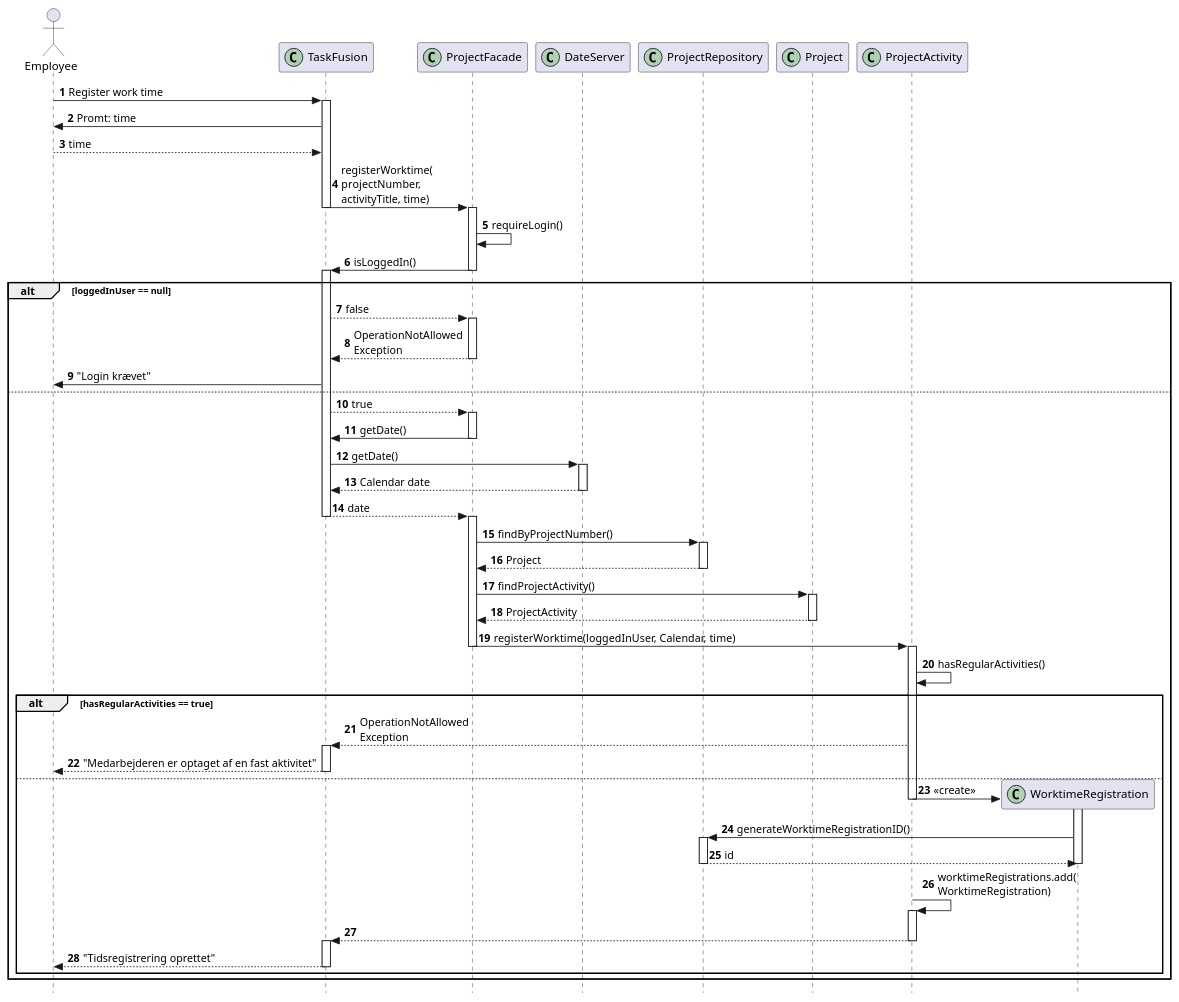
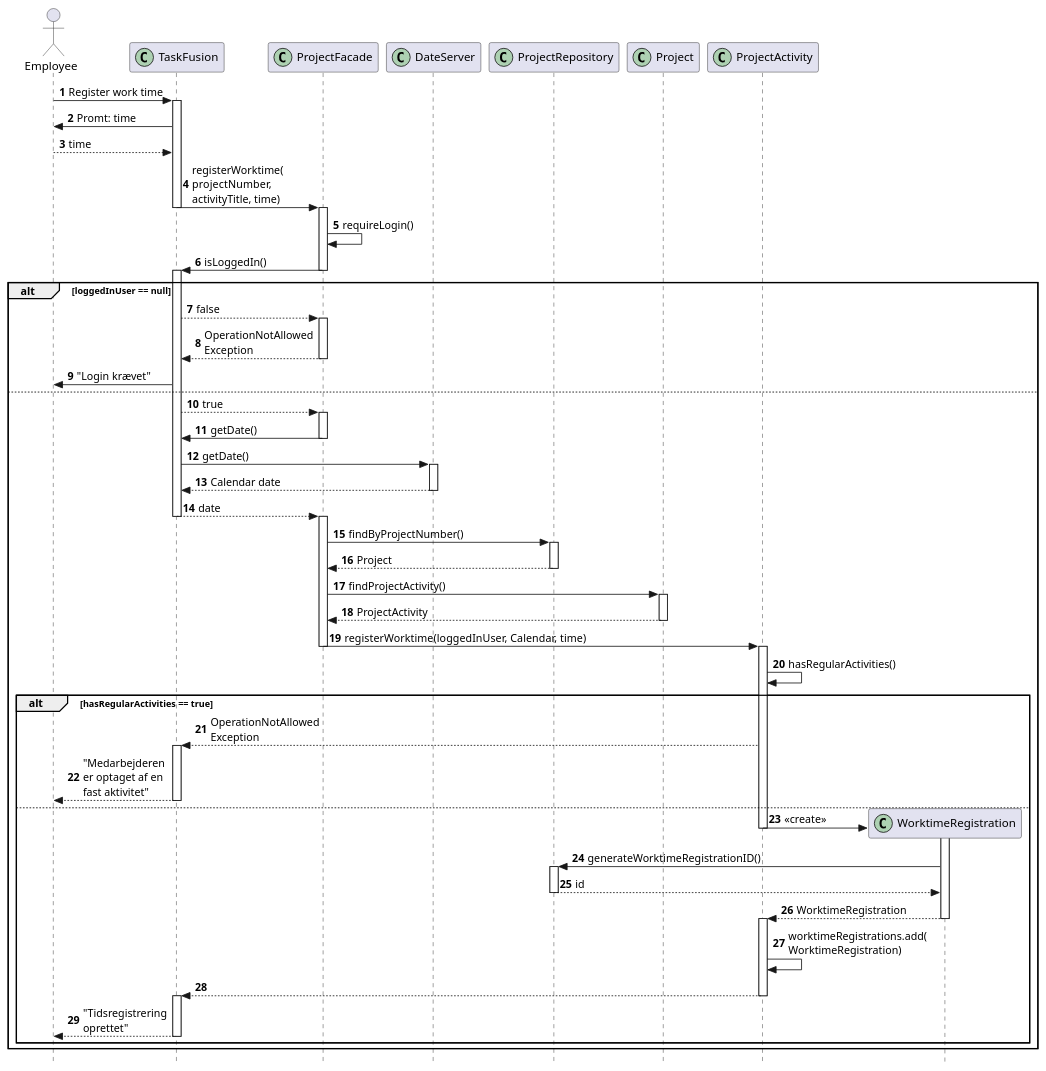
One commit to rwiuff/02161ExamProject changed the diagram in RequirementsAndDesign/SequenceDiagrams/registerWorktime.puml. Above: the diagram before and after it, drawn with PlantUML. The commit also changed 9 other files, not shown here.

```diff
--- a/RequirementsAndDesign/SequenceDiagrams/registerWorktime.puml
+++ b/RequirementsAndDesign/SequenceDiagrams/registerWorktime.puml
@@ -1,55 +1,55 @@
 @startuml seqRegisterWorktime
 autonumber
 hide footbox
 skinparam style strictuml
 hide unlinked
 actor "Employee" as employee
 participant "TaskFusion" as app << (C,#ADD1B2) >>
 participant "ProjectFacade" as projectfacade << (C,#ADD1B2) >>
 participant "DateServer" as ds << (C,#ADD1B2) >>
 participant "ProjectRepository" as projectrepo << (C,#ADD1B2) >>
 participant "Project" as project << (C,#ADD1B2) >>
 collections "Map<String, Projects> projects" as projects << (M, Crimson) >>
 collections "Map<String, Employee> employees" as emps << (M,Crimson) >>
 participant "ProjectActivity" as projectactivity << (C,#ADD1B2) >>
 participant "ProjectActivityViewModel" as regacvm << (C,#ADD1B2) >>
 participant "WorktimeRegistration" as wt << (C,#ADD1B2) >>
 
 employee -> app++: Register work time
 app -> employee: Promt: time
 employee --> app: time
 app -> projectfacade--++: registerWorktime(\nprojectNumber,\nactivityTitle, time)
 projectfacade -> projectfacade: requireLogin()
 projectfacade -> app--++: isLoggedIn()
 alt loggedInUser == null
     app --> projectfacade++: false
     projectfacade --> app--: OperationNotAllowed\nException
     app -> employee: "Login krævet"
 else
     app --> projectfacade++: true
     projectfacade -> app--: getDate()
     app -> ds++: getDate()
     ds --> app--: Calendar date
     app --> projectfacade--++: date
     projectfacade -> projectrepo++: findByProjectNumber()
     projectrepo --> projectfacade--: Project
     projectfacade -> project++: findProjectActivity()
     project --> projectfacade--: ProjectActivity
     projectfacade -> projectactivity--++: registerWorktime(loggedInUser, Calendar, time)
     projectactivity -> projectactivity: hasRegularActivities()
     alt hasRegularActivities == true
         projectactivity --> app++: OperationNotAllowed\nException
-        app --> employee--: "Medarbejderen er optaget af en fast aktivitet"
+        app --> employee--: "Medarbejderen\ner optaget af en\nfast aktivitet"
     else
         projectactivity -> wt**: <<create>>
         deactivate projectactivity
         activate wt
         wt -> projectrepo++: generateWorktimeRegistrationID()
         projectrepo --> wt--: id
-        deactivate wt
-        projectactivity -> projectactivity++: worktimeRegistrations.add(\nWorktimeRegistration)
+        wt --> projectactivity--++: WorktimeRegistration
+        projectactivity -> projectactivity: worktimeRegistrations.add(\nWorktimeRegistration)
         projectactivity --> app--++:
-        app --> employee--: "Tidsregistrering oprettet"
+        app --> employee--: "Tidsregistrering\noprettet"
     end
 end
     @enduml
```
